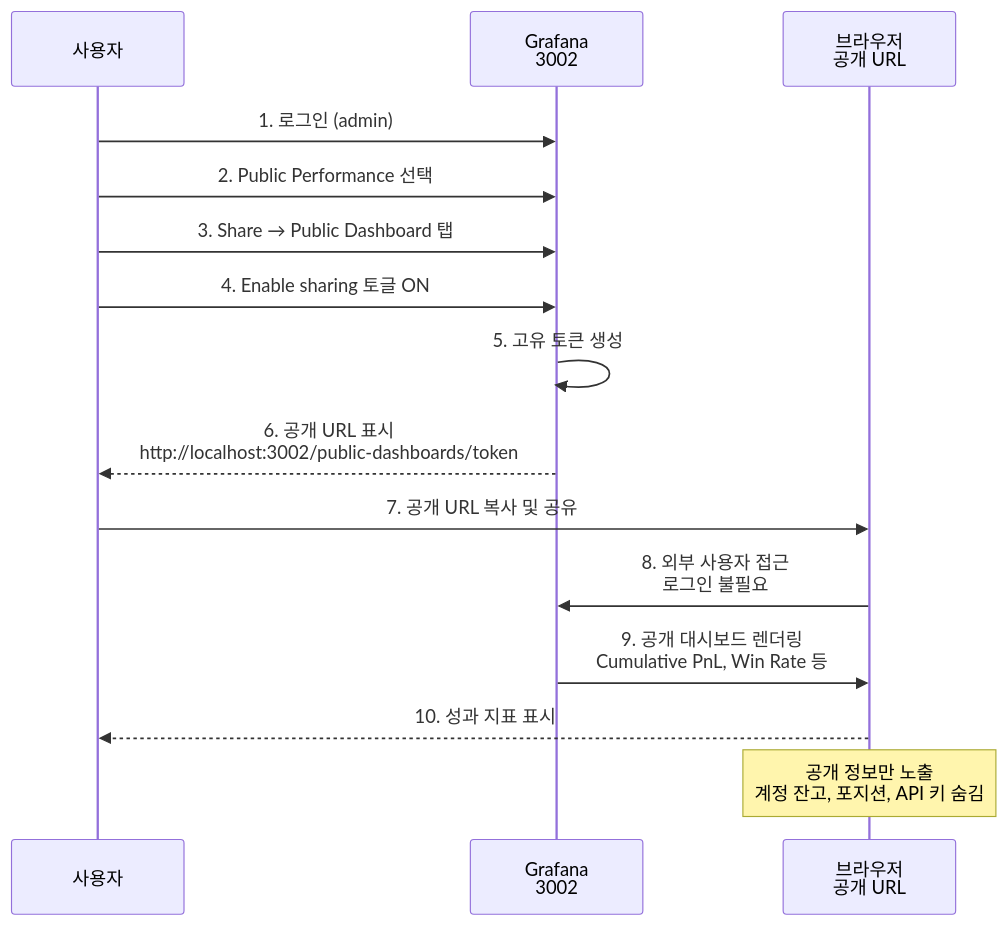
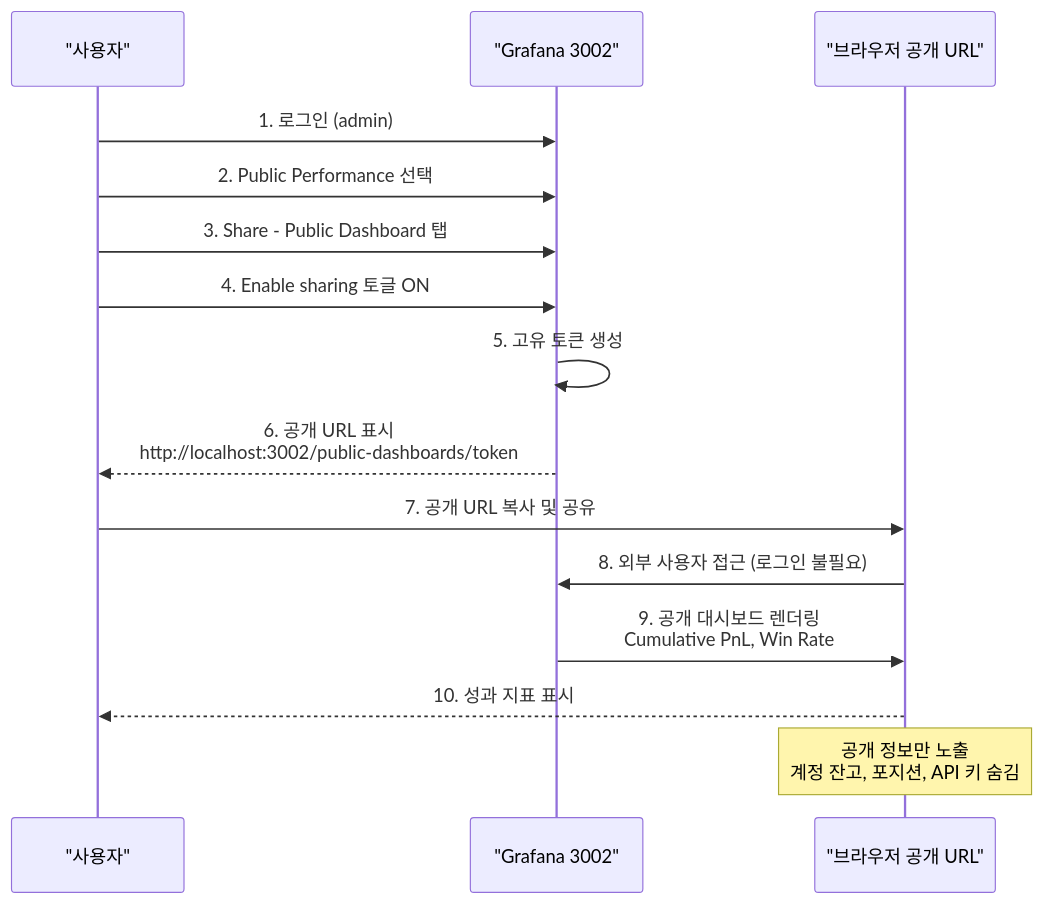
One commit to Justant-source/Bit-Mania changed the second of 2 diagrams in cryptoengine/docs/env/grafana-setup.md. Above: the diagram before and after it, drawn with Mermaid. The commit also changed other lines of this file and 25 other files, not shown here.

First line of the commit message:
fix(docs): repair Mermaid diagrams for GitHub rendering (30 files)

````diff
--- a/cryptoengine/docs/env/grafana-setup.md
+++ b/cryptoengine/docs/env/grafana-setup.md
@@ -204,19 +204,19 @@
 ```mermaid
 sequenceDiagram
-    participant User as 사용자
-    participant Grafana as Grafana<br/>3002
-    participant Browser as 브라우저<br/>공개 URL
+    participant User as "사용자"
+    participant Grafana as "Grafana 3002"
+    participant Browser as "브라우저 공개 URL"
 
     User->>Grafana: 1. 로그인 (admin)
     User->>Grafana: 2. Public Performance 선택
-    User->>Grafana: 3. Share → Public Dashboard 탭
+    User->>Grafana: 3. Share - Public Dashboard 탭
     User->>Grafana: 4. Enable sharing 토글 ON
     Grafana->>Grafana: 5. 고유 토큰 생성
     Grafana-->>User: 6. 공개 URL 표시<br/>http://localhost:3002/public-dashboards/token
     User->>Browser: 7. 공개 URL 복사 및 공유
-    Browser->>Grafana: 8. 외부 사용자 접근<br/>로그인 불필요
-    Grafana->>Browser: 9. 공개 대시보드 렌더링<br/>Cumulative PnL, Win Rate 등
+    Browser->>Grafana: 8. 외부 사용자 접근 (로그인 불필요)
+    Grafana->>Browser: 9. 공개 대시보드 렌더링<br/>Cumulative PnL, Win Rate
     Browser-->>User: 10. 성과 지표 표시
 
     Note over Browser: 공개 정보만 노출<br/>계정 잔고, 포지션, API 키 숨김
 ```
````
